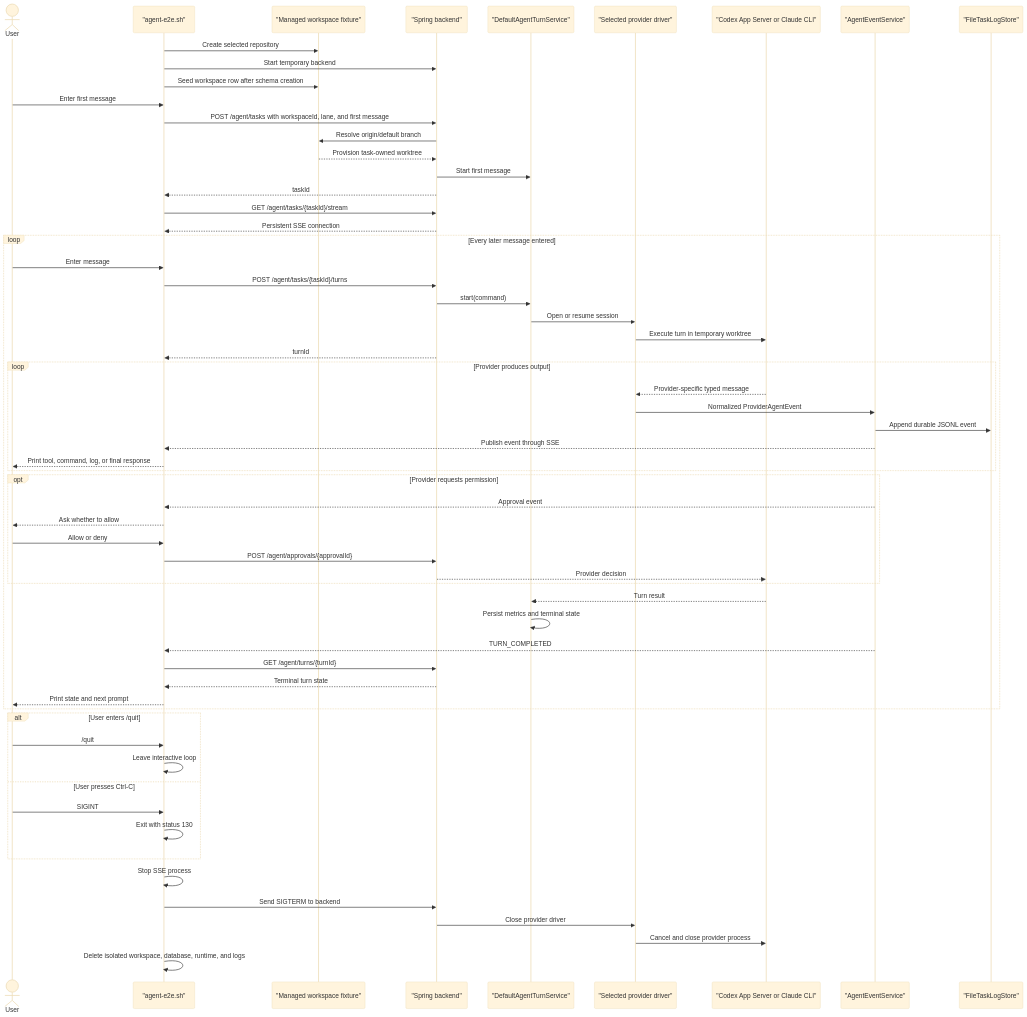
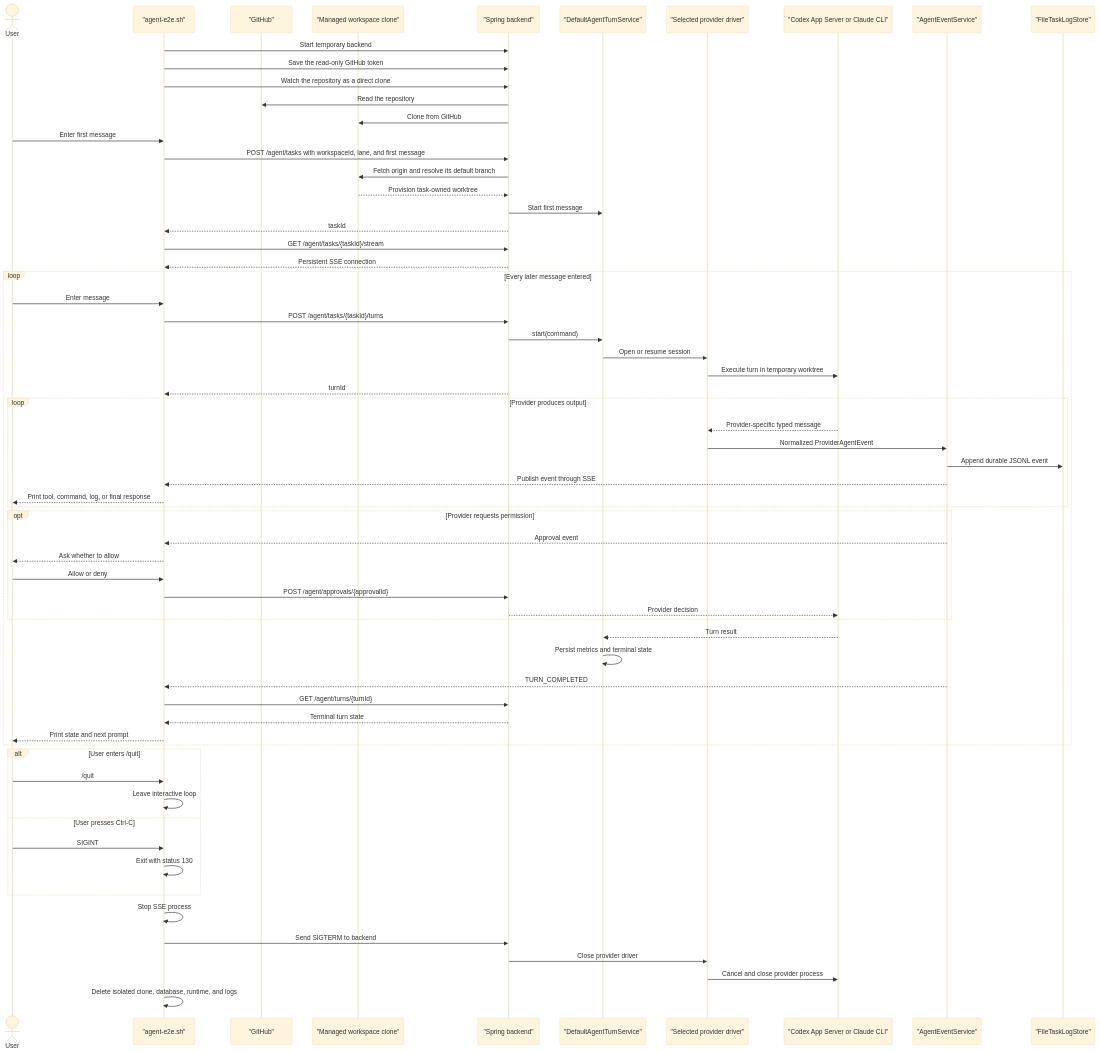
Before and after one commit to bytequay/bytequay: the diagram in scripts/agent-e2e.md, drawn with Mermaid (base theme). The commit also changed other lines of this file and 1 other file, not shown here.

First line of the commit message:
Run the agent shell against a GitHub repository

````diff
--- a/scripts/agent-e2e.md
+++ b/scripts/agent-e2e.md
@@ -86,70 +101,73 @@
 ```mermaid
 sequenceDiagram
     actor User
     participant Shell as "agent-e2e.sh"
-    participant Workspace as "Managed workspace fixture"
+    participant GitHub as "GitHub"
+    participant Workspace as "Managed workspace clone"
     participant API as "Spring backend"
     participant Turn as "DefaultAgentTurnService"
     participant Driver as "Selected provider driver"
     participant CLI as "Codex App Server or Claude CLI"
     participant Events as "AgentEventService"
     participant Log as "FileTaskLogStore"
 
-    Shell->>Workspace: Create selected repository
     Shell->>API: Start temporary backend
-    Shell->>Workspace: Seed workspace row after schema creation
+    Shell->>API: Save the read-only GitHub token
+    Shell->>API: Watch the repository as a direct clone
+    API->>GitHub: Read the repository
+    API->>Workspace: Clone from GitHub
     User->>Shell: Enter first message
     Shell->>API: POST /agent/tasks with workspaceId, lane, and first message
-    API->>Workspace: Resolve origin/default branch
+    API->>Workspace: Fetch origin and resolve its default branch
     Workspace-->>API: Provision task-owned worktree
     API->>Turn: Start first message
     API-->>Shell: taskId
     Shell->>API: GET /agent/tasks/{taskId}/stream
     API-->>Shell: Persistent SSE connection
 
     loop Every later message entered
         User->>Shell: Enter message
         Shell->>API: POST /agent/tasks/{taskId}/turns
         API->>Turn: start(command)
         Turn->>Driver: Open or resume session
         Driver->>CLI: Execute turn in temporary worktree
         API-->>Shell: turnId
 
         loop Provider produces output
             CLI-->>Driver: Provider-specific typed message
             Driver->>Events: Normalized ProviderAgentEvent
             Events->>Log: Append durable JSONL event
             Events-->>Shell: Publish event through SSE
             Shell-->>User: Print tool, command, log, or final response
         end
 
         opt Provider requests permission
             Events-->>Shell: Approval event
             Shell-->>User: Ask whether to allow
             User->>Shell: Allow or deny
             Shell->>API: POST /agent/approvals/{approvalId}
             API-->>CLI: Provider decision
         end
 
         CLI-->>Turn: Turn result
         Turn->>Turn: Persist metrics and terminal state
         Events-->>Shell: TURN_COMPLETED
         Shell->>API: GET /agent/turns/{turnId}
         API-->>Shell: Terminal turn state
         Shell-->>User: Print state and next prompt
     end
 
     alt User enters /quit
         User->>Shell: /quit
         Shell->>Shell: Leave interactive loop
     else User presses Ctrl-C
         User->>Shell: SIGINT
         Shell->>Shell: Exit with status 130
     end
 
     Shell->>Shell: Stop SSE process
     Shell->>API: Send SIGTERM to backend
     API->>Driver: Close provider driver
     Driver->>CLI: Cancel and close provider process
-    Shell->>Shell: Delete isolated workspace, database, runtime, and logs
+    Shell->>Shell: Delete isolated clone, database, runtime, and logs
 ```
````
